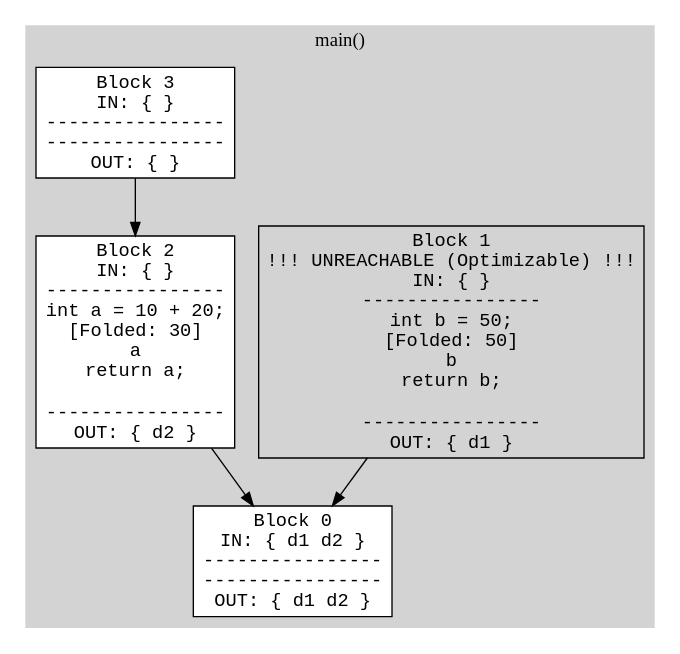
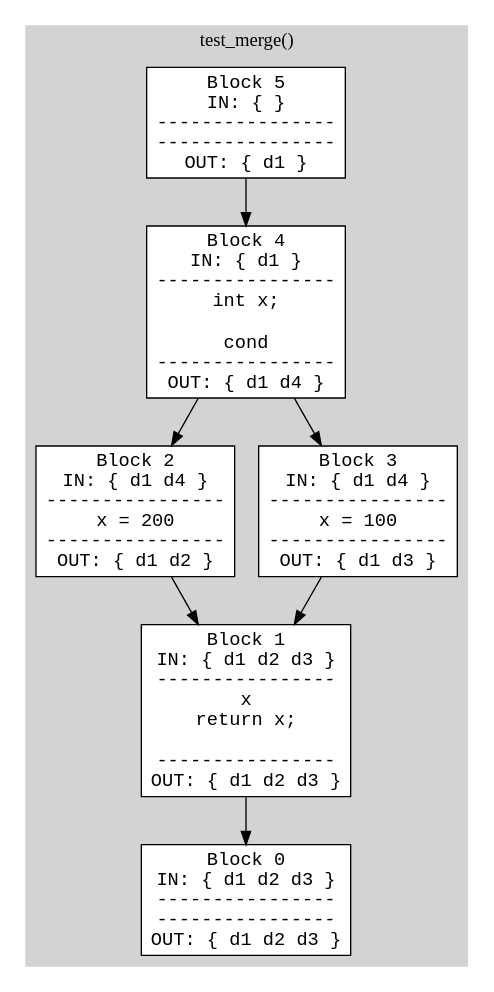
The diagram in build/program_cfg.dot (shivamkumar360/cs202_project), drawn with Graphviz before and after one commit. The commit also changed 1 other file, not shown here.

```diff
--- a/build/program_cfg.dot
+++ b/build/program_cfg.dot
@@ -1,14 +1,19 @@
 digraph ProgramCFG {
   node [shape=box, fontname="Courier"];
-  subgraph cluster_main {
-    label = "main()";
+  subgraph cluster_test_merge {
+    label = "test_merge()";
     style=filled; color=lightgrey;
-    main_Node0 [label="Block 0\nIN: { d1 d2 }\n----------------\n----------------\nOUT: { d1 d2 }", style=filled, fillcolor=white];
-    main_Node1 [label="Block 1\n!!! UNREACHABLE (Optimizable) !!!\nIN: { }\n----------------\nint b = 50;\n [Folded: 50]\nb\nreturn b;\n\n----------------\nOUT: { d1 }", style=filled, fillcolor=lightgray];
-    main_Node1 -> main_Node0;
-    main_Node2 [label="Block 2\nIN: { }\n----------------\nint a = 10 + 20;\n [Folded: 30]\na\nreturn a;\n\n----------------\nOUT: { d2 }", style=filled, fillcolor=white];
-    main_Node2 -> main_Node0;
-    main_Node3 [label="Block 3\nIN: { }\n----------------\n----------------\nOUT: { }", style=filled, fillcolor=white];
-    main_Node3 -> main_Node2;
+    test_merge_Node0 [label="Block 0\nIN: { d1 d2 d3 }\n----------------\n----------------\nOUT: { d1 d2 d3 }", style=filled, fillcolor=white];
+    test_merge_Node1 [label="Block 1\nIN: { d1 d2 d3 }\n----------------\nx\nreturn x;\n\n----------------\nOUT: { d1 d2 d3 }", style=filled, fillcolor=white];
+    test_merge_Node1 -> test_merge_Node0;
+    test_merge_Node2 [label="Block 2\nIN: { d1 d4 }\n----------------\nx = 200\n----------------\nOUT: { d1 d2 }", style=filled, fillcolor=white];
+    test_merge_Node2 -> test_merge_Node1;
+    test_merge_Node3 [label="Block 3\nIN: { d1 d4 }\n----------------\nx = 100\n----------------\nOUT: { d1 d3 }", style=filled, fillcolor=white];
+    test_merge_Node3 -> test_merge_Node1;
+    test_merge_Node4 [label="Block 4\nIN: { d1 }\n----------------\nint x;\n\ncond\n----------------\nOUT: { d1 d4 }", style=filled, fillcolor=white];
+    test_merge_Node4 -> test_merge_Node3;
+    test_merge_Node4 -> test_merge_Node2;
+    test_merge_Node5 [label="Block 5\nIN: { }\n----------------\n----------------\nOUT: { d1 }", style=filled, fillcolor=white];
+    test_merge_Node5 -> test_merge_Node4;
   }
 }
```
